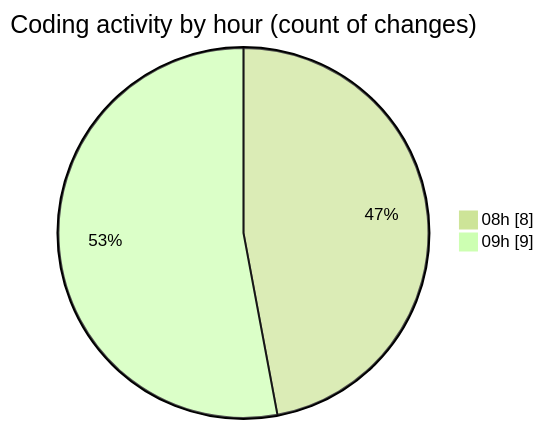
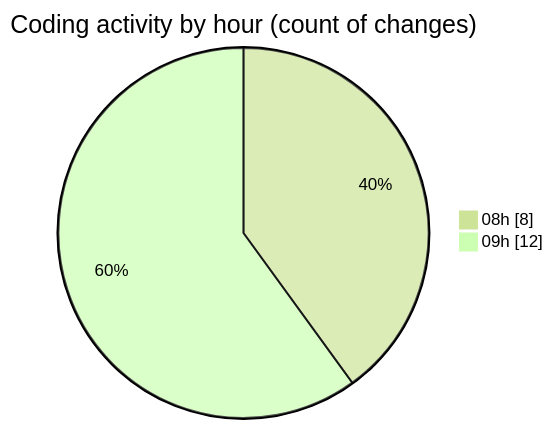
Before and after one commit to momahboobian/code-tracking: the second of 2 diagrams in 2025-09-15/cda/README.md, drawn with Mermaid (forest theme). The commit also changed other lines of this file and 1 other file, not shown here.

````diff
--- a/2025-09-15/cda/README.md
+++ b/2025-09-15/cda/README.md
@@ -29,6 +29,6 @@
 ```mermaid
 pie showData
 title Coding activity by hour (count of changes)
 "08h" : 8
-"09h" : 9
+"09h" : 12
 ```
````
